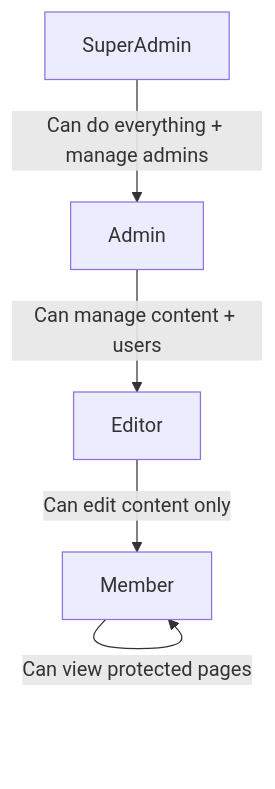
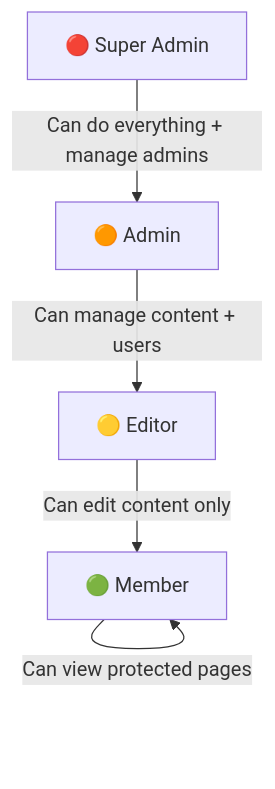
The fourth of 5 diagrams in documents/Plan for CCI AL Colombia.md (ccial-colombia/appweb), drawn with Mermaid before and after one commit. The commit also changed other lines of this file and 19 other files, not shown here.

````diff
--- a/documents/Plan for CCI AL Colombia.md
+++ b/documents/Plan for CCI AL Colombia.md
@@ -259,12 +342,12 @@
 ```mermaid
 graph TD
-    SA["SuperAdmin"]
-    A["Admin"]
-    E["Editor"]
-    M["Member"]
+    SA["🔴 Super Admin"]
+    A["🟠 Admin"]
+    E["🟡 Editor"]
+    M["🟢 Member"]
 
     SA -->|"Can do everything + manage admins"| A
     A -->|"Can manage content + users"| E
     E -->|"Can edit content only"| M
     M -->|"Can view protected pages"| M
 ```
````
